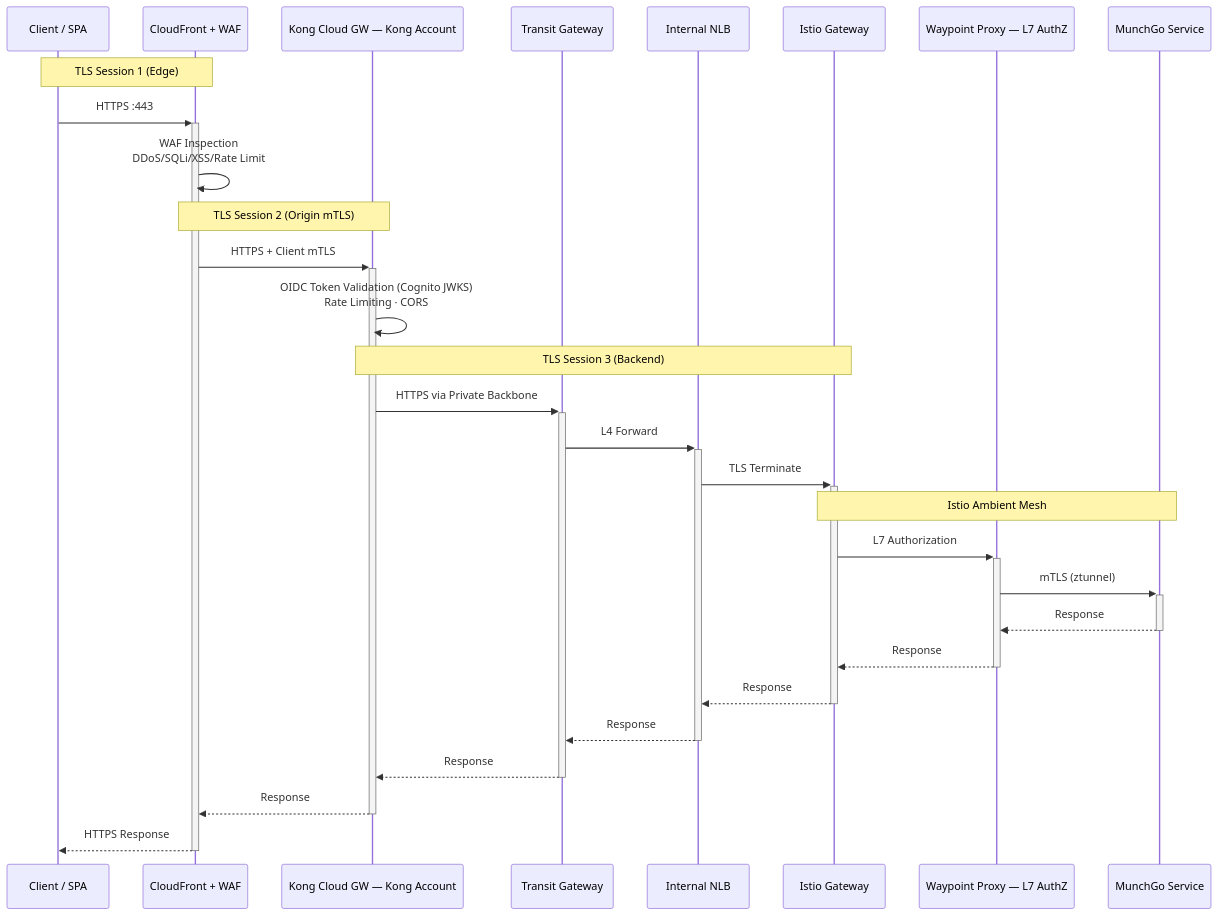
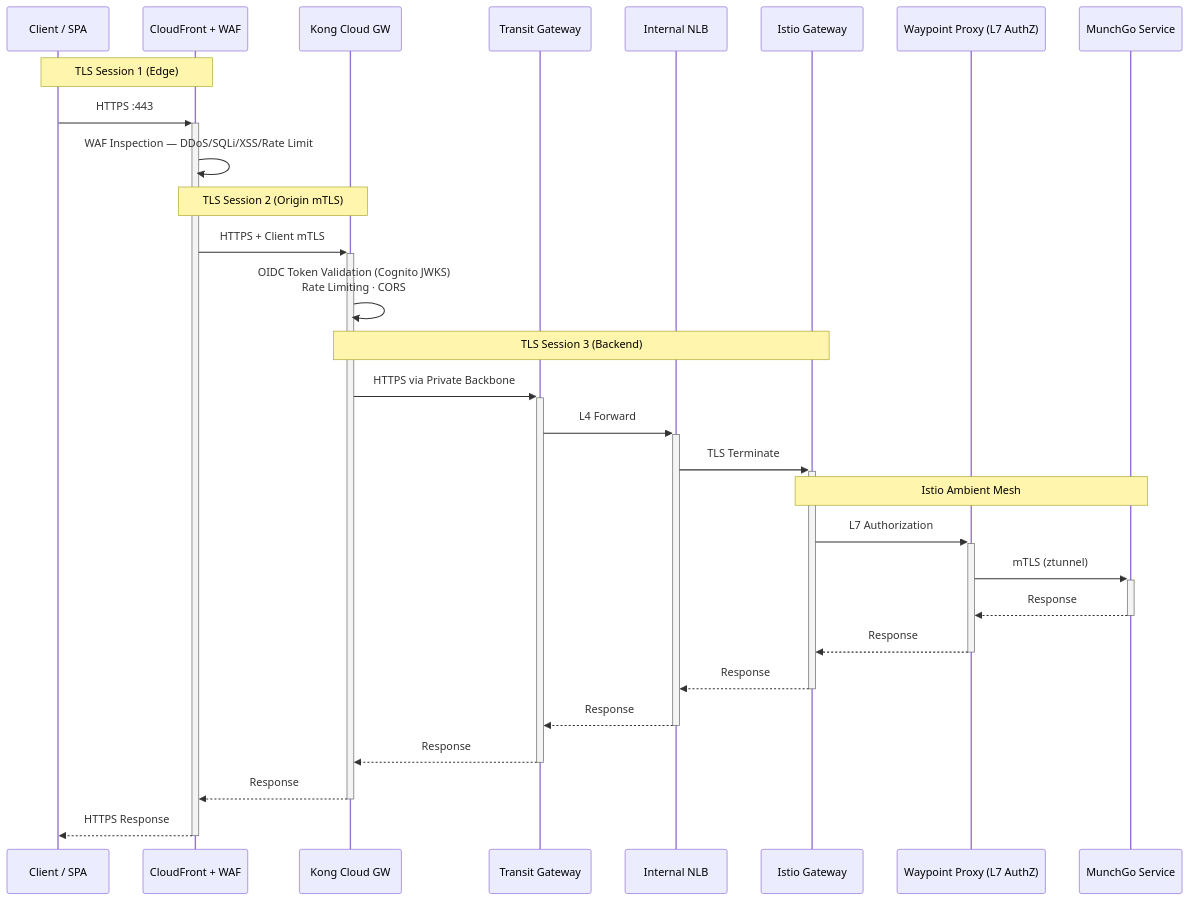
The first of 12 diagrams in README.md (shanaka-versent/munchgo-aws-iac), drawn with Mermaid before and after one commit. The commit also changed other lines of this file, not shown here.

````diff
--- a/README.md
+++ b/README.md
@@ -77,35 +71,35 @@
 ```mermaid
 sequenceDiagram
     participant C as Client / SPA
     participant CF as CloudFront + WAF
-    participant K as Kong Cloud GW — Kong Account
+    participant K as Kong Cloud GW
     participant TGW as Transit Gateway
     participant NLB as Internal NLB
     participant IG as Istio Gateway
-    participant WP as Waypoint Proxy — L7 AuthZ
+    participant WP as Waypoint Proxy (L7 AuthZ)
     participant App as MunchGo Service
 
     Note over C,CF: TLS Session 1 (Edge)
     C->>+CF: HTTPS :443
-    CF->>CF: WAF Inspection<br/>DDoS/SQLi/XSS/Rate Limit
+    CF->>CF: WAF Inspection — DDoS/SQLi/XSS/Rate Limit
 
     Note over CF,K: TLS Session 2 (Origin mTLS)
     CF->>+K: HTTPS + Client mTLS
     K->>K: OIDC Token Validation (Cognito JWKS)<br/>Rate Limiting · CORS
 
     Note over K,IG: TLS Session 3 (Backend)
     K->>+TGW: HTTPS via Private Backbone
     TGW->>+NLB: L4 Forward
     NLB->>+IG: TLS Terminate
 
     Note over IG,App: Istio Ambient Mesh
     IG->>+WP: L7 Authorization
     WP->>+App: mTLS (ztunnel)
     App-->>-WP: Response
     WP-->>-IG: Response
     IG-->>-NLB: Response
     NLB-->>-TGW: Response
     TGW-->>-K: Response
     K-->>-CF: Response
     CF-->>-C: HTTPS Response
 ```
````
